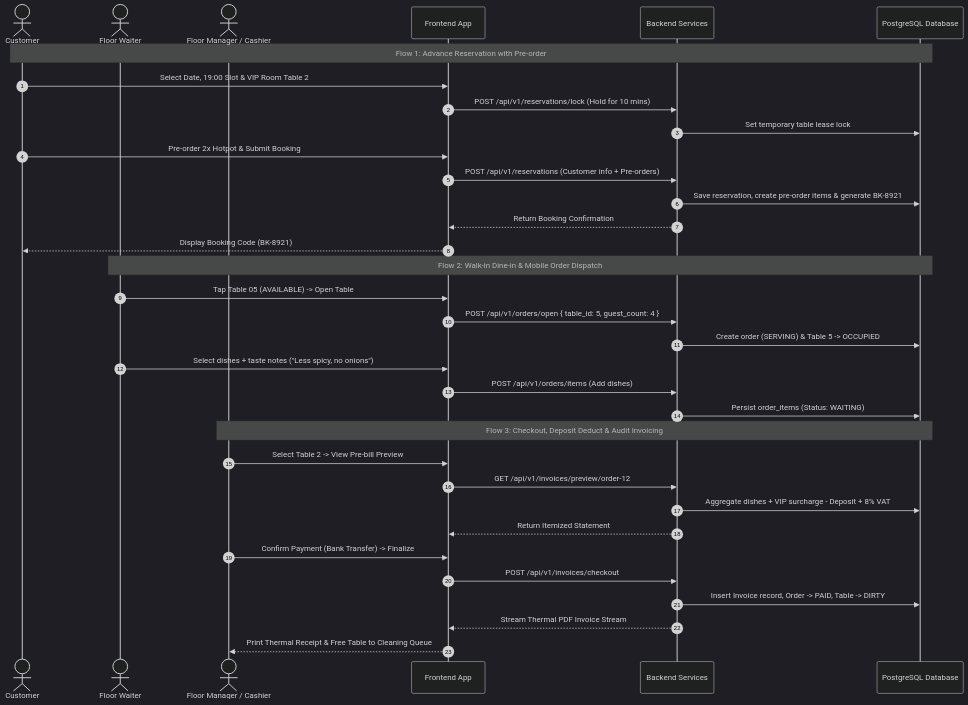
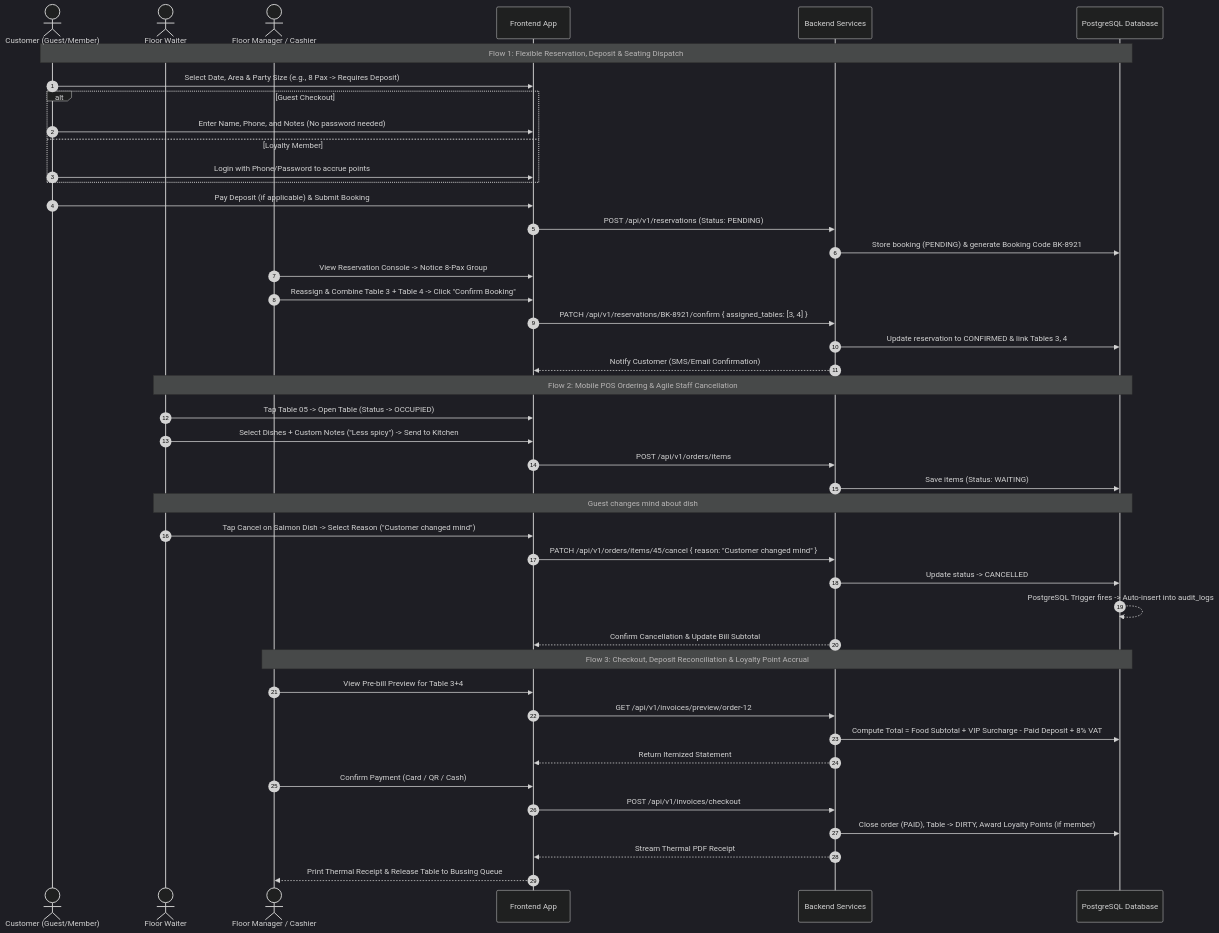
One commit to hoangvu180225-cell/smart-restaurant changed the third of 3 diagrams in Readme.md. Above: the diagram before and after it, drawn with Mermaid (dark theme). The commit also changed other lines of this file, not shown here.

````diff
--- a/Readme.md
+++ b/Readme.md
@@ -218,39 +232,49 @@
 ```mermaid
 sequenceDiagram
     autonumber
-    actor C as Customer
+    actor C as Customer (Guest/Member)
     actor W as Floor Waiter
     actor M as Floor Manager / Cashier
     participant UI as Frontend App
     participant API as Backend Services
     participant DB as PostgreSQL Database
 
-    Note over C,DB: Flow 1: Advance Reservation with Pre-order
-    C->>UI: Select Date, 19:00 Slot & VIP Room Table 2
-    UI->>API: POST /api/v1/reservations/lock (Hold for 10 mins)
-    API->>DB: Set temporary table lease lock
-    C->>UI: Pre-order 2x Hotpot & Submit Booking
-    UI->>API: POST /api/v1/reservations (Customer info + Pre-orders)
-    API->>DB: Save reservation, create pre-order items & generate BK-8921
-    API-->>UI: Return Booking Confirmation
-    UI-->>C: Display Booking Code (BK-8921)
+    Note over C,DB: Flow 1: Flexible Reservation, Deposit & Seating Dispatch
+    C->>UI: Select Date, Area & Party Size (e.g., 8 Pax -> Requires Deposit)
+    alt Guest Checkout
+        C->>UI: Enter Name, Phone, and Notes (No password needed)
+    else Loyalty Member
+        C->>UI: Login with Phone/Password to accrue points
+    end
+    C->>UI: Pay Deposit (if applicable) & Submit Booking
+    UI->>API: POST /api/v1/reservations (Status: PENDING)
+    API->>DB: Store booking (PENDING) & generate Booking Code BK-8921
+    M->>UI: View Reservation Console -> Notice 8-Pax Group
+    M->>UI: Reassign & Combine Table 3 + Table 4 -> Click "Confirm Booking"
+    UI->>API: PATCH /api/v1/reservations/BK-8921/confirm { assigned_tables: [3, 4] }
+    API->>DB: Update reservation to CONFIRMED & link Tables 3, 4
+    API-->>UI: Notify Customer (SMS/Email Confirmation)
 
-    Note over W,DB: Flow 2: Walk-in Dine-in & Mobile Order Dispatch
-    W->>UI: Tap Table 05 (AVAILABLE) -> Open Table
-    UI->>API: POST /api/v1/orders/open { table_id: 5, guest_count: 4 }
-    API->>DB: Create order (SERVING) & Table 5 -> OCCUPIED
-    W->>UI: Select dishes + taste notes ("Less spicy, no onions")
-    UI->>API: POST /api/v1/orders/items (Add dishes)
-    API->>DB: Persist order_items (Status: WAITING)
+    Note over W,DB: Flow 2: Mobile POS Ordering & Agile Staff Cancellation
+    W->>UI: Tap Table 05 -> Open Table (Status -> OCCUPIED)
+    W->>UI: Select Dishes + Custom Notes ("Less spicy") -> Send to Kitchen
+    UI->>API: POST /api/v1/orders/items
+    API->>DB: Save items (Status: WAITING)
+    Note over W,DB: Guest changes mind about dish
+    W->>UI: Tap Cancel on Salmon Dish -> Select Reason ("Customer changed mind")
+    UI->>API: PATCH /api/v1/orders/items/45/cancel { reason: "Customer changed mind" }
+    API->>DB: Update status -> CANCELLED
+    DB-->>DB: PostgreSQL Trigger fires -> Auto-insert into audit_logs
+    API-->>UI: Confirm Cancellation & Update Bill Subtotal
 
-    Note over M,DB: Flow 3: Checkout, Deposit Deduct & Audit Invoicing
-    M->>UI: Select Table 2 -> View Pre-bill Preview
+    Note over M,DB: Flow 3: Checkout, Deposit Reconciliation & Loyalty Point Accrual
+    M->>UI: View Pre-bill Preview for Table 3+4
     UI->>API: GET /api/v1/invoices/preview/order-12
-    API->>DB: Aggregate dishes + VIP surcharge - Deposit + 8% VAT
+    API->>DB: Compute Total = Food Subtotal + VIP Surcharge - Paid Deposit + 8% VAT
     API-->>UI: Return Itemized Statement
-    M->>UI: Confirm Payment (Bank Transfer) -> Finalize
+    M->>UI: Confirm Payment (Card / QR / Cash)
     UI->>API: POST /api/v1/invoices/checkout
-    API->>DB: Insert Invoice record, Order -> PAID, Table -> DIRTY
-    API-->>UI: Stream Thermal PDF Invoice Stream
-    UI-->>M: Print Thermal Receipt & Free Table to Cleaning Queue
+    API->>DB: Close order (PAID), Table -> DIRTY, Award Loyalty Points (if member)
+    API-->>UI: Stream Thermal PDF Receipt
+    UI-->>M: Print Thermal Receipt & Release Table to Bussing Queue
 ```
````
